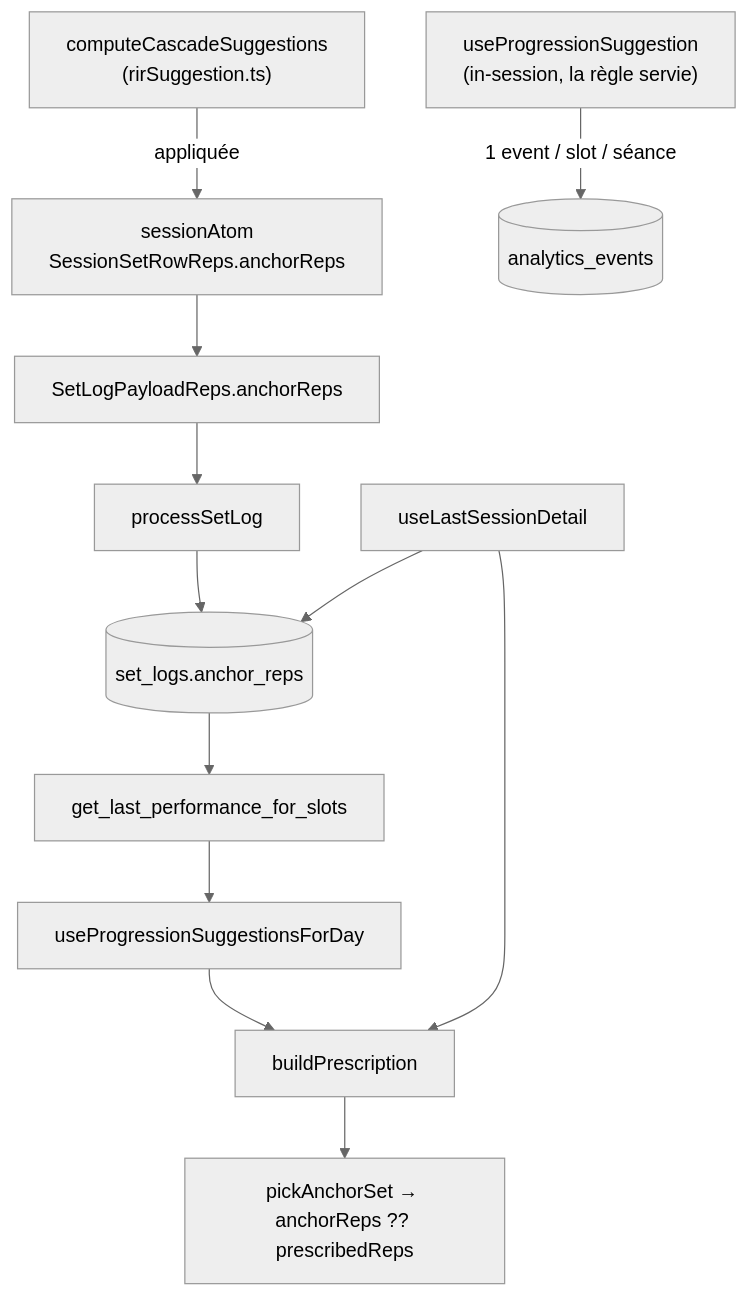
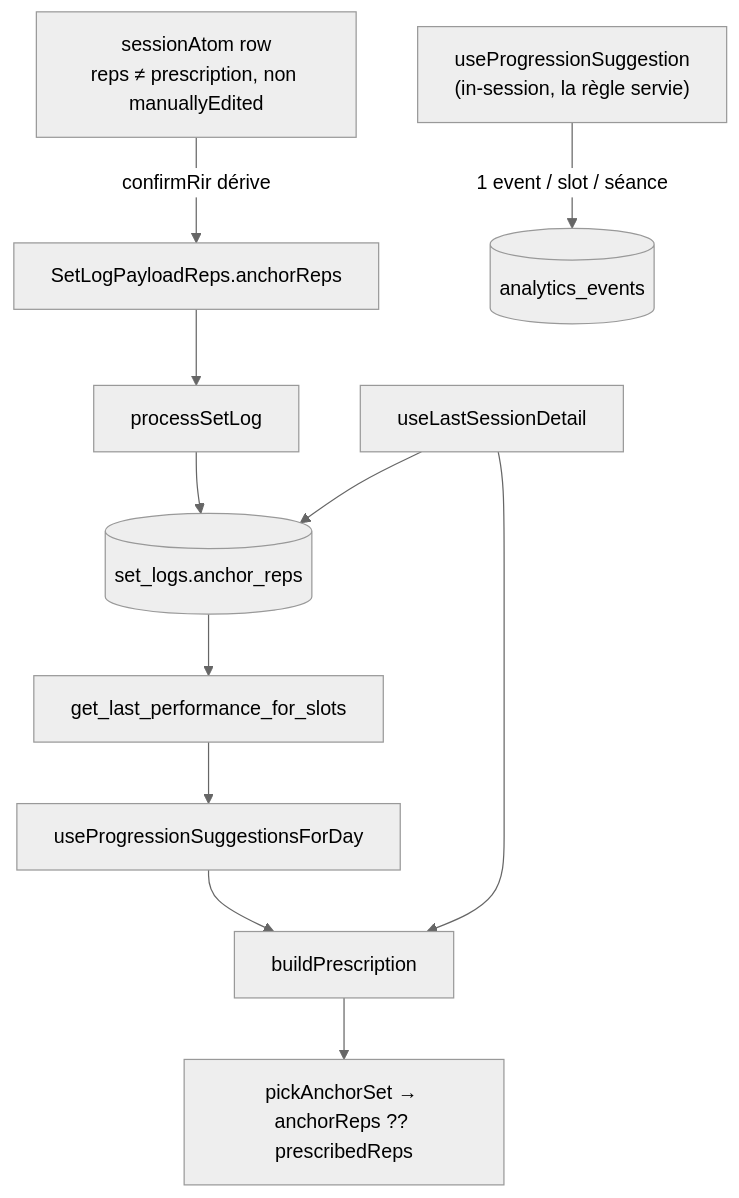
One commit to PierreTsia/workout-app changed the second of 2 diagrams in docs/Tech_Plan_—_Fermeture_de_la_boucle_de_progression_#705.md. Above: the diagram before and after it, drawn with Mermaid (neutral theme). The commit also changed other lines of this file and 1 other file, not shown here.

First line of the commit message:
docs(#705): T705 — l'ancre est dérivée au log, pas stampée (sync Tech Plan + ticket)

````diff
--- a/docs/Tech_Plan_—_Fermeture_de_la_boucle_de_progression_#705.md
+++ b/docs/Tech_Plan_—_Fermeture_de_la_boucle_de_progression_#705.md
@@ -101,13 +100,12 @@
 ```mermaid
 graph TD
-  Cascade["computeCascadeSuggestions<br/>(rirSuggestion.ts)"] -->|appliquée| Row["sessionAtom<br/>SessionSetRowReps.anchorReps"]
-  Row --> Payload["SetLogPayloadReps.anchorReps"]
+  Row["sessionAtom row<br/>reps ≠ prescription, non manuallyEdited"] -->|confirmRir dérive| Payload["SetLogPayloadReps.anchorReps"]
   Payload --> PSL["processSetLog"] --> DB[("set_logs.anchor_reps")]
   DB --> RPC["get_last_performance_for_slots"]
   RPC --> HDay["useProgressionSuggestionsForDay"]
   HDetail["useLastSessionDetail"] --> DB
   HDay --> BP["buildPrescription"]
   HDetail --> BP
   BP --> Read["pickAnchorSet → anchorReps ?? prescribedReps"]
   HSug["useProgressionSuggestion<br/>(in-session, la règle servie)"] -->|1 event / slot / séance| AE[("analytics_events")]
 ```
````
